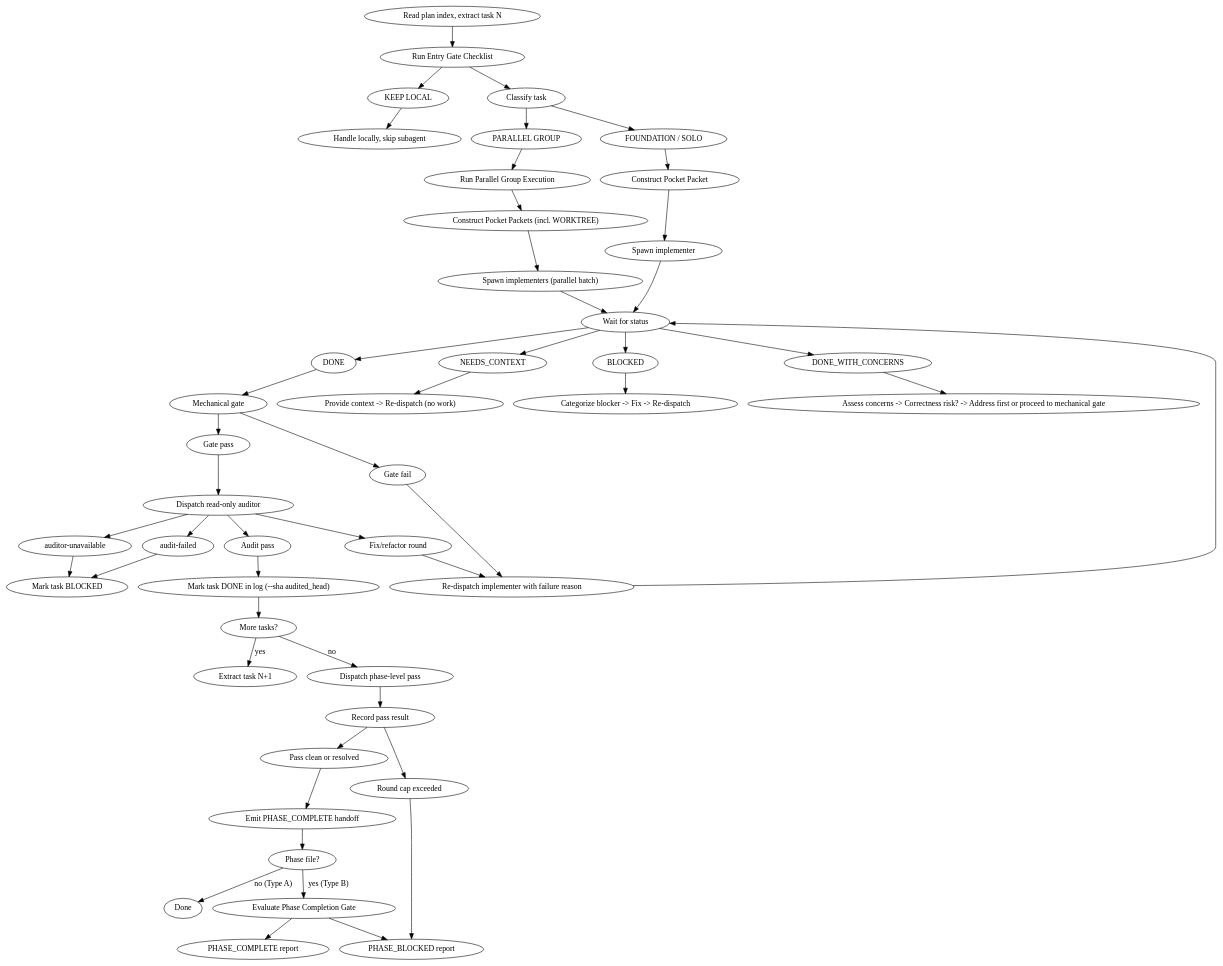
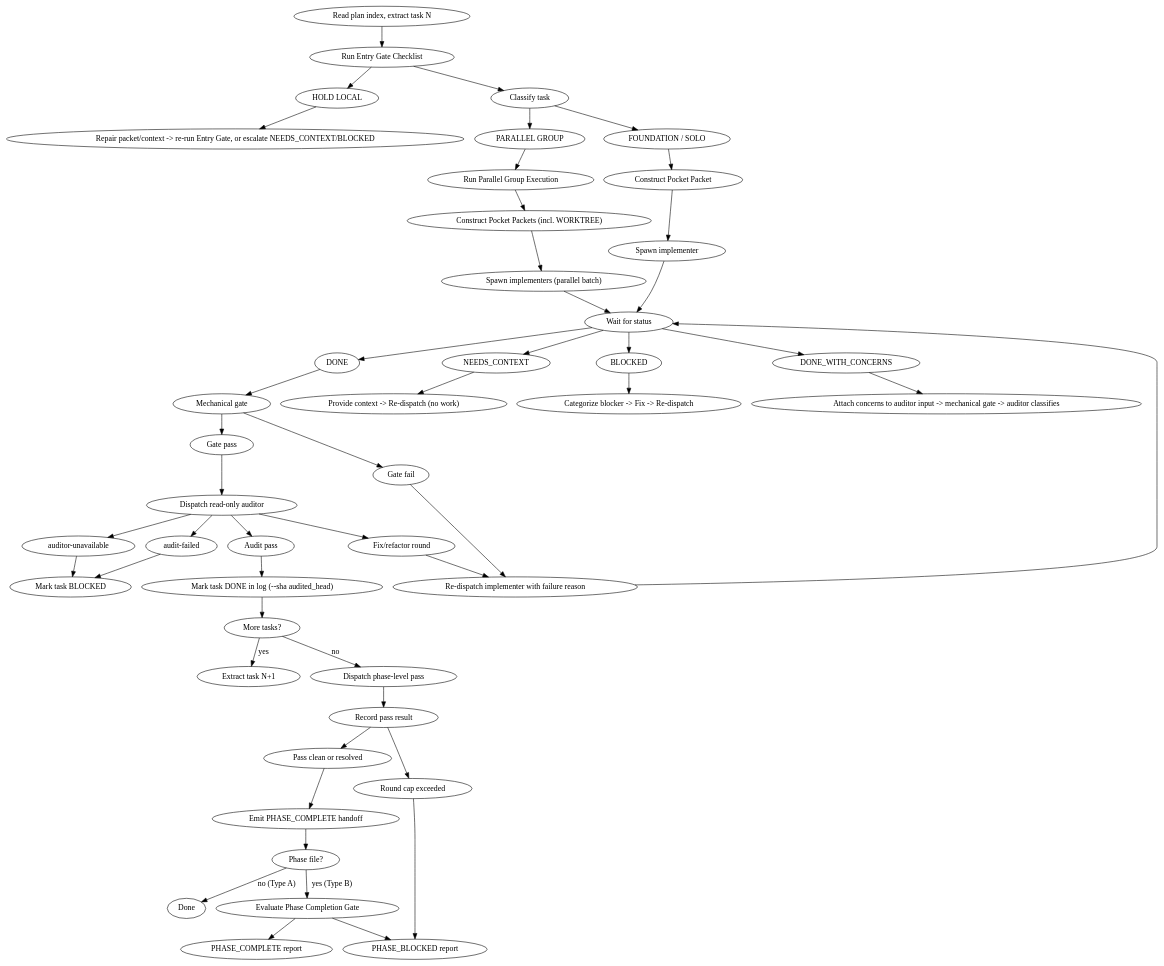
The diagram in skills/pocket-development/SKILL.md (rfxlamia/pocketto), drawn with Graphviz before and after one commit. The commit also changed other lines of this file and 11 other files, not shown here.

````diff
--- a/skills/pocket-development/SKILL.md
+++ b/skills/pocket-development/SKILL.md
@@ -325,46 +331,46 @@
 ```dot
 digraph pocket_process {
     rankdir=TB;
 
     "Read plan index, extract task N" -> "Run Entry Gate Checklist";
-    "Run Entry Gate Checklist" -> { "KEEP LOCAL" "Classify task" };
+    "Run Entry Gate Checklist" -> { "HOLD LOCAL" "Classify task" };
     "Classify task" -> { "FOUNDATION / SOLO" "PARALLEL GROUP" };
     "FOUNDATION / SOLO" -> "Construct Pocket Packet";
     "PARALLEL GROUP" -> "Run Parallel Group Execution";
     "Run Parallel Group Execution" -> "Construct Pocket Packets (incl. WORKTREE)";
     "Construct Pocket Packets (incl. WORKTREE)" -> "Spawn implementers (parallel batch)";
     "Spawn implementers (parallel batch)" -> "Wait for status";
-    "KEEP LOCAL" -> "Handle locally, skip subagent";
+    "HOLD LOCAL" -> "Repair packet/context -> re-run Entry Gate, or escalate NEEDS_CONTEXT/BLOCKED";
     "Construct Pocket Packet" -> "Spawn implementer";
     "Spawn implementer" -> "Wait for status";
 
     "Wait for status" -> { "DONE" "NEEDS_CONTEXT" "BLOCKED" "DONE_WITH_CONCERNS" };
 
     "DONE" -> "Mechanical gate";
     "Mechanical gate" -> { "Gate pass" "Gate fail" };
     "Gate fail" -> "Re-dispatch implementer with failure reason";
     "Re-dispatch implementer with failure reason" -> "Wait for status";
     "Gate pass" -> "Dispatch read-only auditor";
     "Dispatch read-only auditor" -> { "Audit pass" "Fix/refactor round" "audit-failed" "auditor-unavailable" };
     "Fix/refactor round" -> "Re-dispatch implementer with failure reason";
     "Audit pass" -> "Mark task DONE in log (--sha audited_head)";
     "audit-failed" -> "Mark task BLOCKED";
     "auditor-unavailable" -> "Mark task BLOCKED";
 
     "NEEDS_CONTEXT" -> "Provide context -> Re-dispatch (no work)";
     "BLOCKED" -> "Categorize blocker -> Fix -> Re-dispatch";
-    "DONE_WITH_CONCERNS" -> "Assess concerns -> Correctness risk? -> Address first or proceed to mechanical gate";
+    "DONE_WITH_CONCERNS" -> "Attach concerns to auditor input -> mechanical gate -> auditor classifies";
 
     "Mark task DONE in log (--sha audited_head)" -> "More tasks?";
     "More tasks?" -> "Extract task N+1" [label="yes"];
     "More tasks?" -> "Dispatch phase-level pass" [label="no"];
     "Dispatch phase-level pass" -> "Record pass result";
     "Record pass result" -> { "Pass clean or resolved" "Round cap exceeded" };
     "Pass clean or resolved" -> "Emit PHASE_COMPLETE handoff";
     "Round cap exceeded" -> "PHASE_BLOCKED report";
     "Emit PHASE_COMPLETE handoff" -> "Phase file?";
     "Phase file?" -> "Evaluate Phase Completion Gate" [label="yes (Type B)"];
     "Phase file?" -> "Done" [label="no (Type A)"];
     "Evaluate Phase Completion Gate" -> { "PHASE_COMPLETE report" "PHASE_BLOCKED report" };
 }
 ```
````
